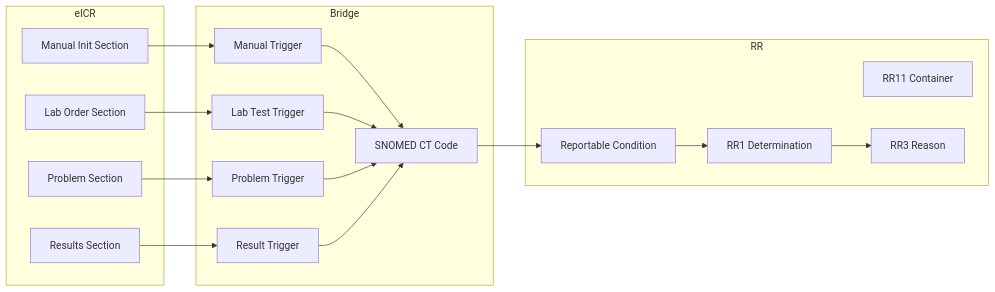
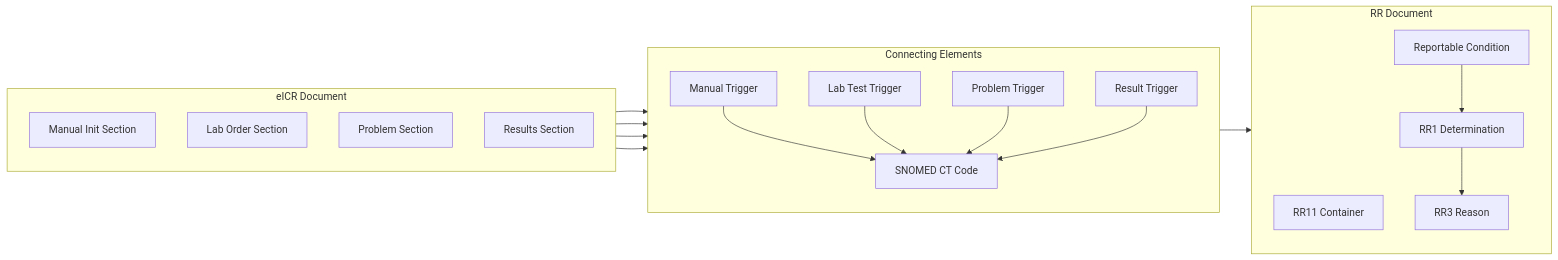
The first of 5 diagrams in refiner/eCR-CDA-Notes.md (CDCgov/dibbs-ecr-refiner), drawn with Mermaid before and after one commit. The commit also changed other lines of this file, not shown here.

Commit message:
update styling for mermaid charts

````diff
--- a/refiner/eCR-CDA-Notes.md
+++ b/refiner/eCR-CDA-Notes.md
@@ -18,37 +18,37 @@
 ```mermaid
-graph LR
-    %% eICR Column
-    subgraph eICR
-        MI[Manual Init Section]
-        LO[Lab Order Section]
-        PS[Problem Section]
-        RS[Results Section]
-    end
+flowchart LR
 
-    %% Middle Column
-    subgraph Bridge
-        T1[Manual Trigger]
-        T2[Lab Test Trigger]
-        T3[Problem Trigger]
-        T4[Result Trigger]
-        SNOMED[SNOMED CT Code]
-    end
+subgraph eICR["eICR Document"]
+    direction TB
+    mi[Manual Init Section]
+    lo[Lab Order Section]
+    ps[Problem Section]
+    rs[Results Section]
+end
 
-    %% RR Column
-    subgraph RR
-        RR11[RR11 Container]
-        RC[Reportable Condition]
-        DET[RR1 Determination]
-        RSN[RR3 Reason]
-    end
+subgraph Bridge["Connecting Elements"]
+    direction TB
+    t1[Manual Trigger]
+    t2[Lab Test Trigger]
+    t3[Problem Trigger]
+    t4[Result Trigger]
+    snomed[SNOMED CT Code]
+end
 
-    %% Connections
-    MI --> T1
-    LO --> T2
-    PS --> T3
-    RS --> T4
-    T1 & T2 & T3 & T4 --> SNOMED
-    SNOMED --> RC
-    RC --> DET
-    DET --> RSN
+subgraph RR["RR Document"]
+    direction TB
+    rr11[RR11 Container]
+    rc[Reportable Condition]
+    det[RR1 Determination]
+    rsn[RR3 Reason]
+end
+
+mi --> t1
+lo --> t2
+ps --> t3
+rs --> t4
+t1 & t2 & t3 & t4 --> snomed
+snomed --> rc
+rc --> det
+det --> rsn
 ```
````
